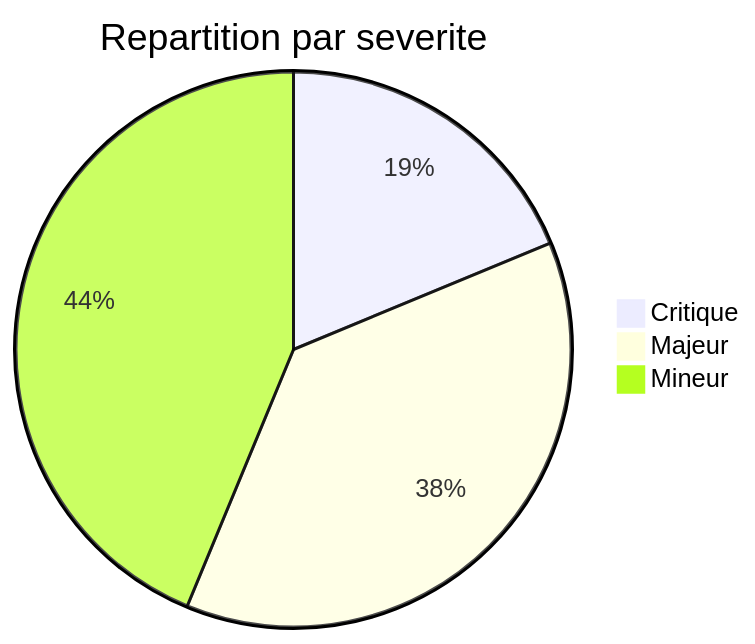
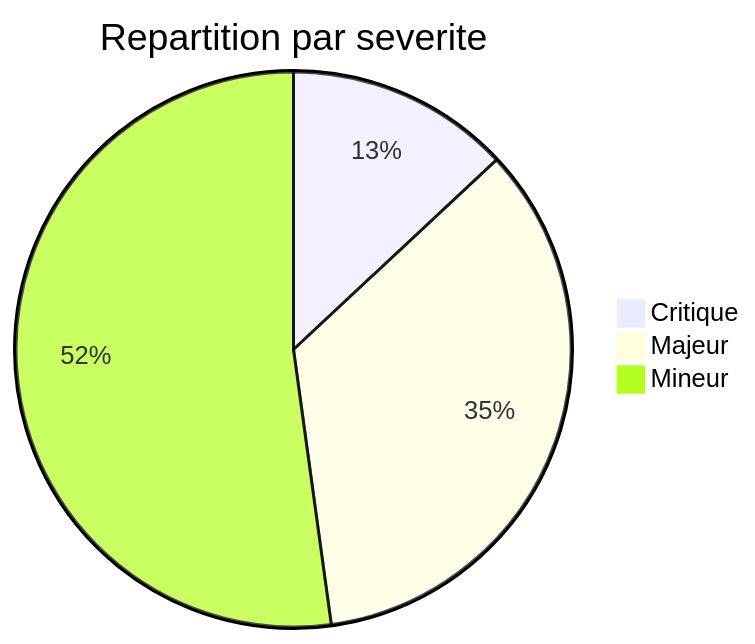
Before and after one commit to renesenses/roon-controller: the first of 2 diagrams in docs/ISSUES.md, drawn with Mermaid. The commit also changed other lines of this file and 10 other files, not shown here.

````diff
--- a/docs/ISSUES.md
+++ b/docs/ISSUES.md
@@ -7,6 +7,6 @@
 ```mermaid
 pie title Repartition par severite
     "Critique" : 3
-    "Majeur" : 6
-    "Mineur" : 7
+    "Majeur" : 8
+    "Mineur" : 12
 ```
````
